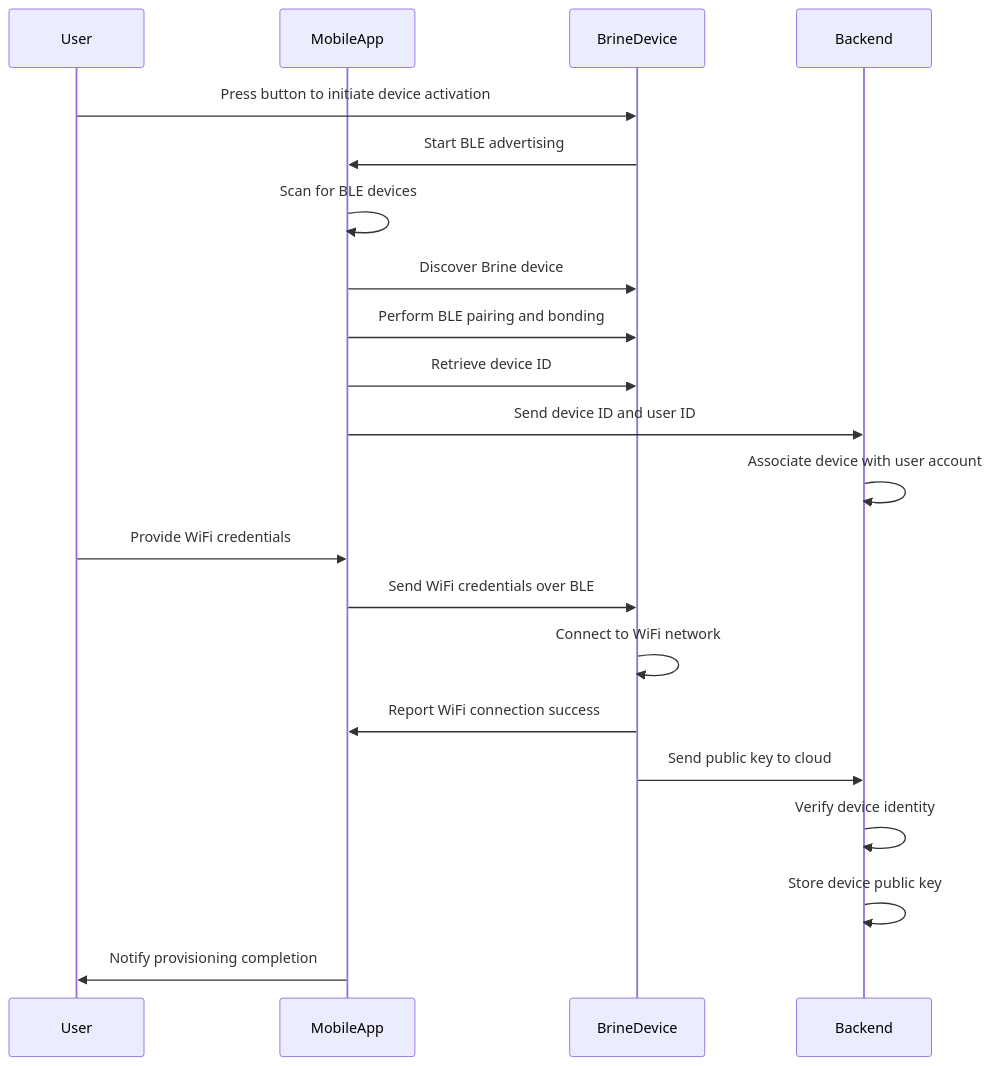
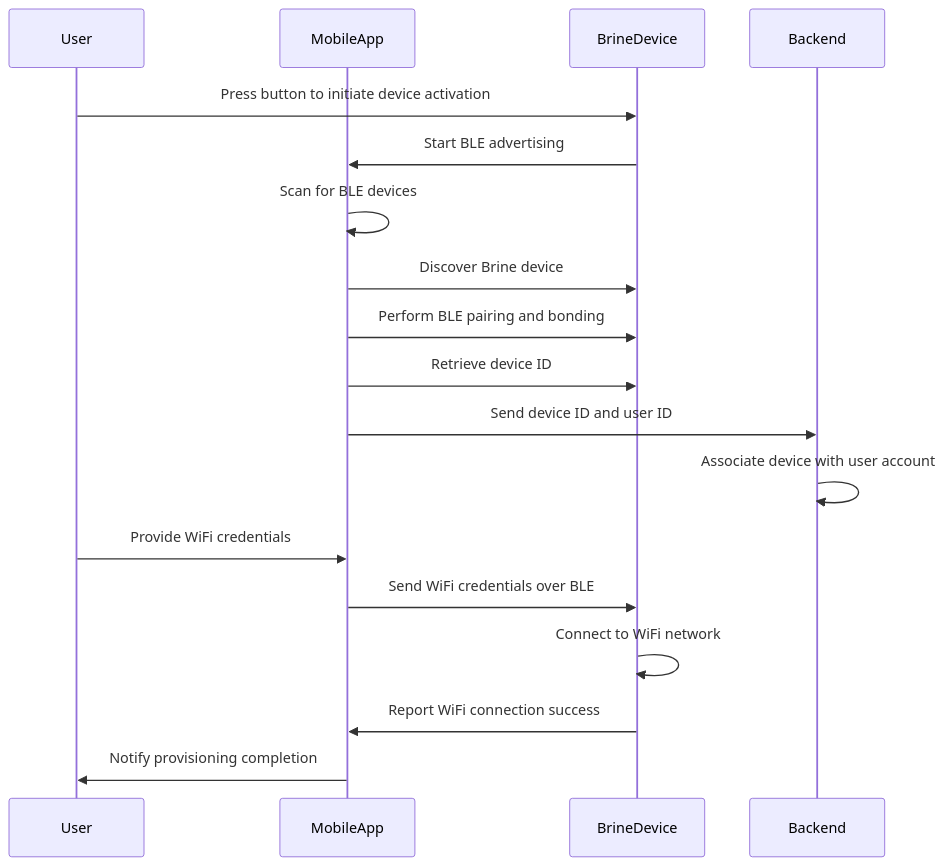
One commit to Toglefritz/Brine changed the diagram in brine_app/README.md. Above: the diagram before and after it, drawn with Mermaid. The commit also changed 23 other files, not shown here.

Commit message:
Removed public key usage 🔑

````diff
--- a/brine_app/README.md
+++ b/brine_app/README.md
@@ -40,24 +40,21 @@
 ```mermaid
 sequenceDiagram
     participant User
     participant MobileApp
     participant BrineDevice
     participant Backend
 
     User ->> BrineDevice: Press button to initiate device activation
     BrineDevice ->> MobileApp: Start BLE advertising
     MobileApp ->> MobileApp: Scan for BLE devices
     MobileApp ->> BrineDevice: Discover Brine device
     MobileApp ->> BrineDevice: Perform BLE pairing and bonding
     MobileApp ->> BrineDevice: Retrieve device ID
     MobileApp ->> Backend: Send device ID and user ID
     Backend ->> Backend: Associate device with user account
     User ->> MobileApp: Provide WiFi credentials
     MobileApp ->> BrineDevice: Send WiFi credentials over BLE
     BrineDevice ->> BrineDevice: Connect to WiFi network
     BrineDevice ->> MobileApp: Report WiFi connection success
-    BrineDevice ->> Backend: Send public key to cloud
-    Backend ->> Backend: Verify device identity
-    Backend ->> Backend: Store device public key
     MobileApp ->> User: Notify provisioning completion
 ```
````
